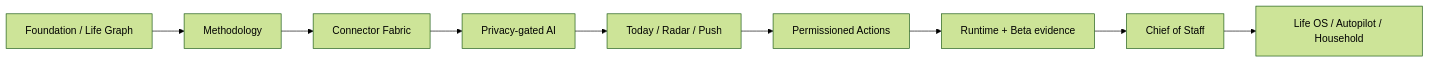
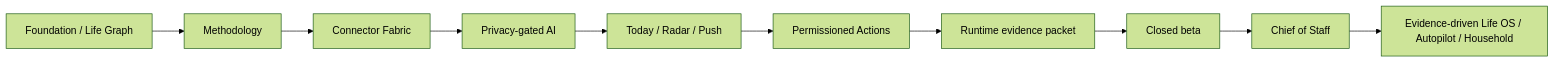
Before and after one commit to seq23/aplayer-mode: the second of 2 diagrams in docs/README.md, drawn with Mermaid (forest theme). The commit also changed other lines of this file, not shown here.

Commit message:
docs: index active runtime evidence packet

````diff
--- a/docs/README.md
+++ b/docs/README.md
@@ -80,11 +81,12 @@
 ```mermaid
 flowchart LR
   BASE[Foundation / Life Graph] --> METHOD[Methodology]
   METHOD --> CONNECT[Connector Fabric]
   CONNECT --> AI[Privacy-gated AI]
   AI --> PROACTIVE[Today / Radar / Push]
   PROACTIVE --> ACTIONS[Permissioned Actions]
-  ACTIONS --> BETA[Runtime + Beta evidence]
+  ACTIONS --> PROOF[Runtime evidence packet]
+  PROOF --> BETA[Closed beta]
   BETA --> PAID[Chief of Staff]
-  PAID --> LIFE[Life OS / Autopilot / Household]
+  PAID --> LIFE[Evidence-driven Life OS / Autopilot / Household]
 ```
````
